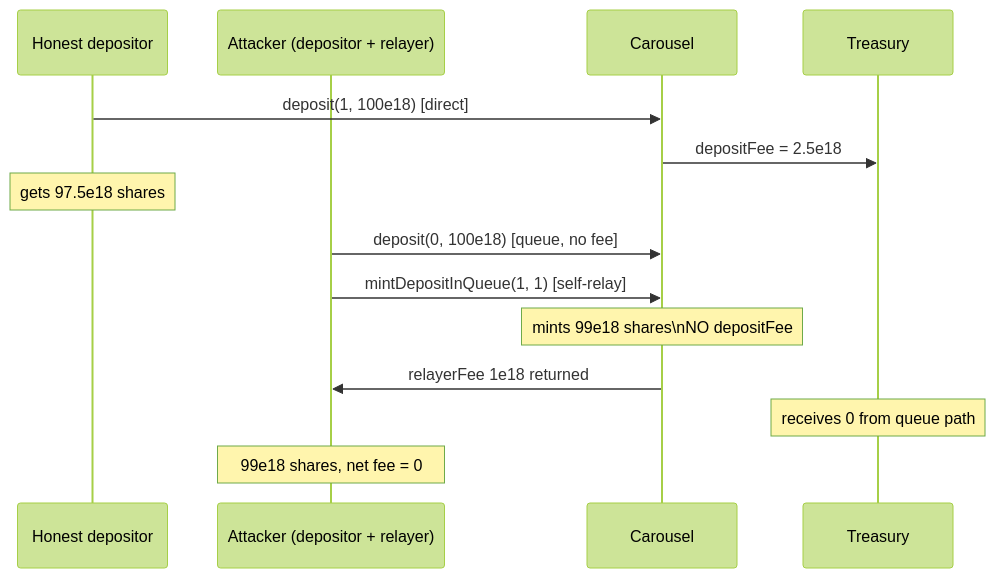
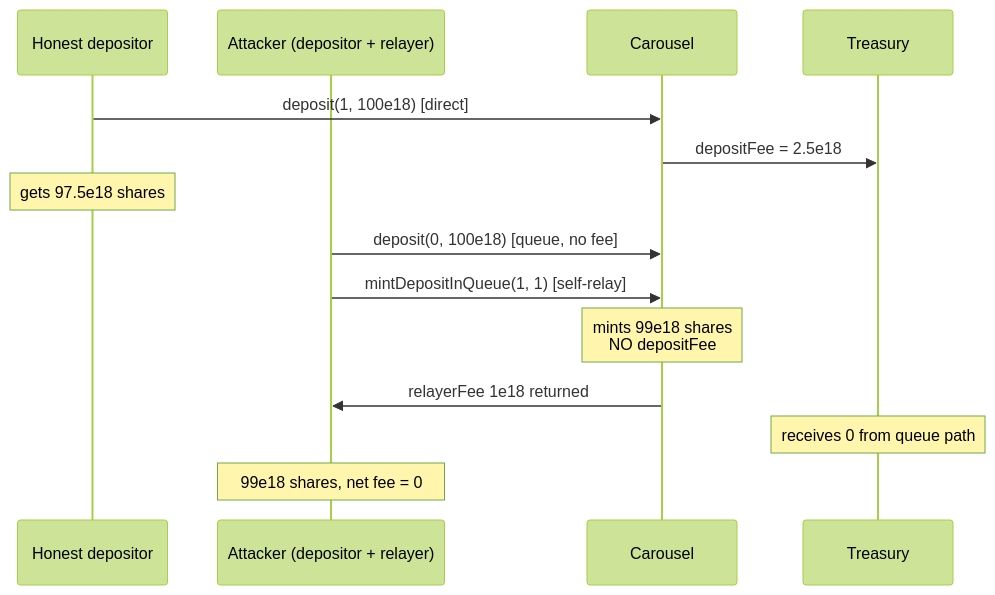
One commit to sanbir/evm-hack-registry changed the diagram in 18535-h-3-depositfee-can-be-bypassed-via-deposit-queue-sherlock-no_exp/18535-h-3-depositfee-can-be-bypassed-via-deposit-queue-sherlock-no_exp.md. Above: the diagram before and after it, drawn with Mermaid (forest theme). The commit also changed 23 other files, not shown here.

````diff
--- a/18535-h-3-depositfee-can-be-bypassed-via-deposit-queue-sherlock-no_exp/18535-h-3-depositfee-can-be-bypassed-via-deposit-queue-sherlock-no_exp.md
+++ b/18535-h-3-depositfee-can-be-bypassed-via-deposit-queue-sherlock-no_exp/18535-h-3-depositfee-can-be-bypassed-via-deposit-queue-sherlock-no_exp.md
@@ -65,16 +65,16 @@
 ```mermaid
 sequenceDiagram
     participant Direct as Honest depositor
     participant Att as Attacker (depositor + relayer)
     participant Vault as Carousel
     participant Treas as Treasury
     Direct->>Vault: deposit(1, 100e18)  [direct]
     Vault->>Treas: depositFee = 2.5e18
     Note over Direct: gets 97.5e18 shares
     Att->>Vault: deposit(0, 100e18)  [queue, no fee]
     Att->>Vault: mintDepositInQueue(1, 1)  [self-relay]
-    Note over Vault: mints 99e18 shares\nNO depositFee
+    Note over Vault: mints 99e18 shares<br/>NO depositFee
     Vault->>Att: relayerFee 1e18 returned
     Note over Treas: receives 0 from queue path
     Note over Att: 99e18 shares, net fee = 0
 ```
````
